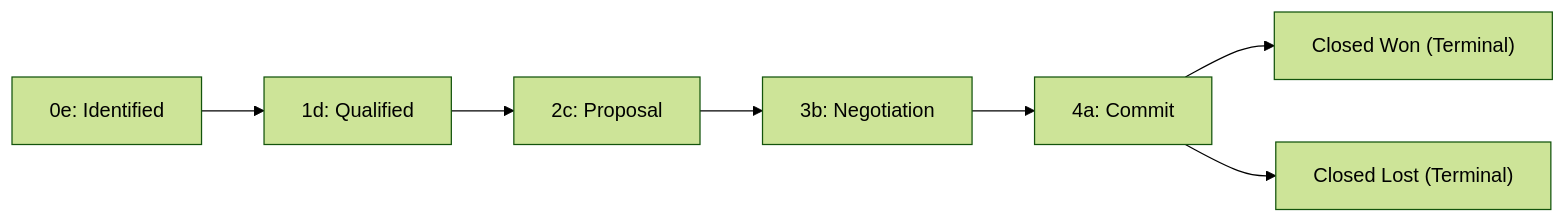
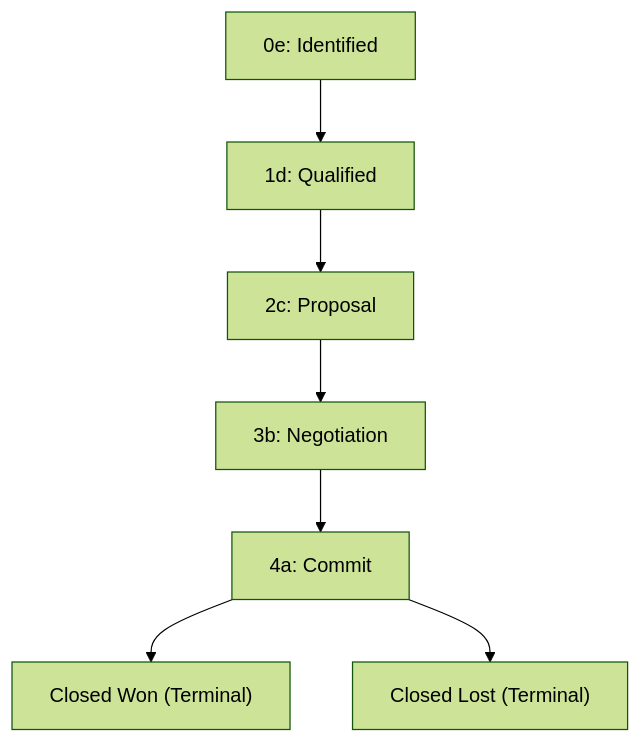
Before and after one commit to Super-ERP/crm-v2: the diagram in docs/user-guide/04-opportunities-and-funnel.md, drawn with Mermaid (forest theme). The commit also changed other lines of this file and 17 other files, not shown here.

````diff
--- a/docs/user-guide/04-opportunities-and-funnel.md
+++ b/docs/user-guide/04-opportunities-and-funnel.md
@@ -43,9 +55,9 @@
 ```mermaid
-flowchart LR
+flowchart TD
     S0["0e: Identified"] --> S1["1d: Qualified"]
     S1 --> S2["2c: Proposal"]
     S2 --> S3["3b: Negotiation"]
     S3 --> S4["4a: Commit"]
     S4 --> CW["Closed Won (Terminal)"]
     S4 --> CL["Closed Lost (Terminal)"]
 ```
````
